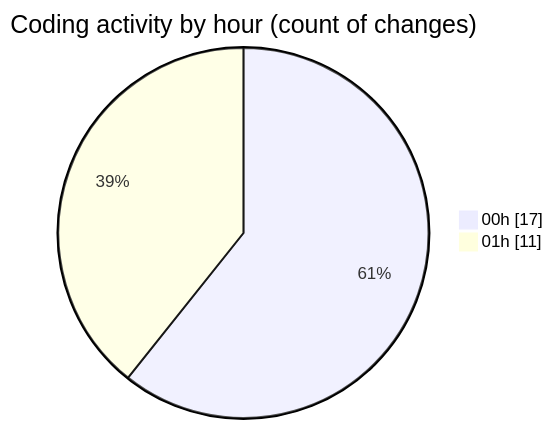
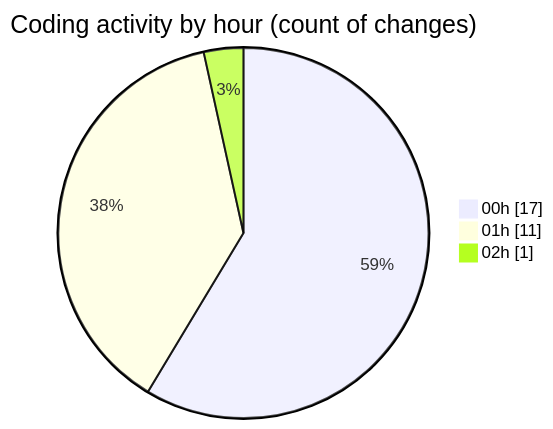
One commit to julien-gomy/code-tracking changed the second of 2 diagrams in 2025-11-22/eventscop-api-guide__workspace_/README.md. Above: the diagram before and after it, drawn with Mermaid. The commit also changed other lines of this file and 1 other file, not shown here.

````diff
--- a/2025-11-22/eventscop-api-guide__workspace_/README.md
+++ b/2025-11-22/eventscop-api-guide__workspace_/README.md
@@ -37,6 +38,7 @@
 ```mermaid
 pie showData
 title Coding activity by hour (count of changes)
 "00h" : 17
 "01h" : 11
+"02h" : 1
 ```
````
